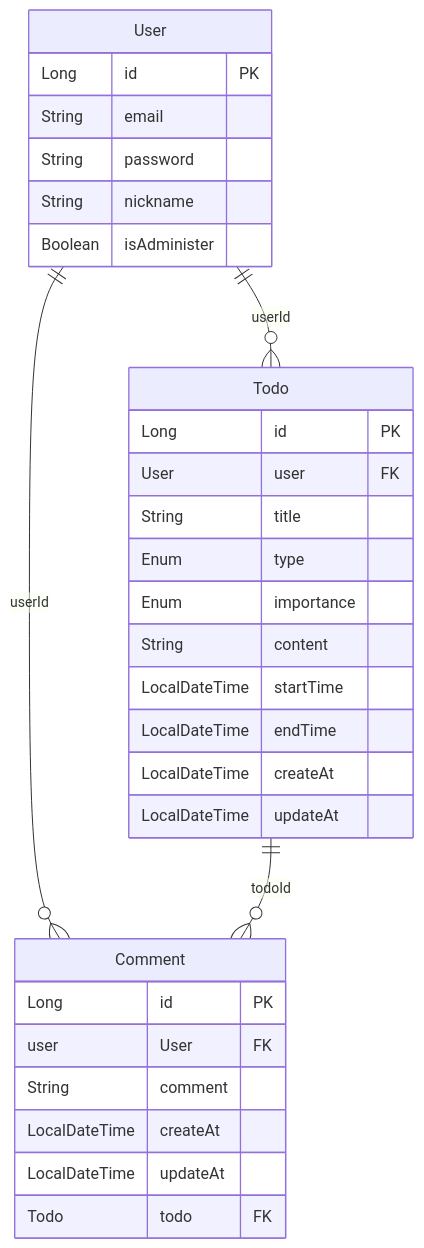
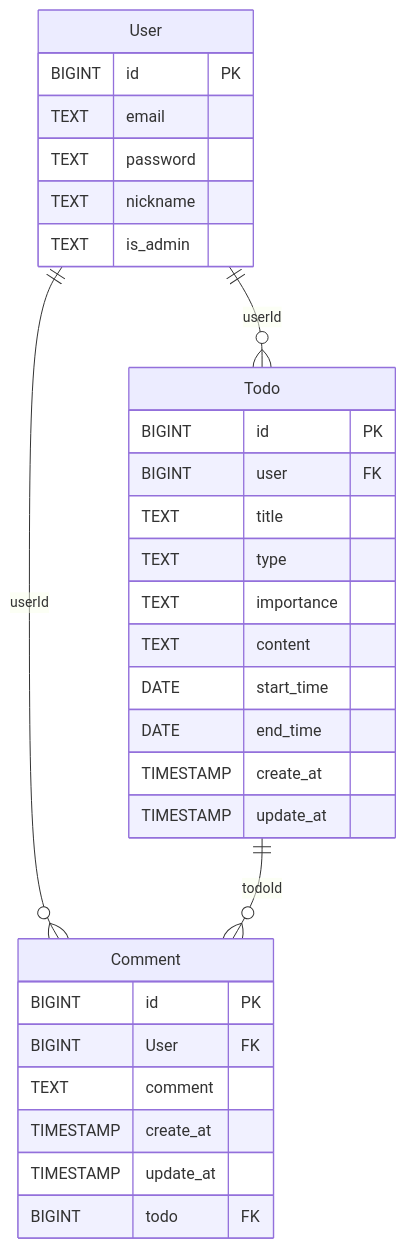
Before and after one commit to Ppajingae/HW_todo: the first of 5 diagrams in README.md, drawn with Mermaid. The commit also changed other lines of this file and 26 other files, not shown here.

````diff
--- a/README.md
+++ b/README.md
@@ -60,57 +60,57 @@
 ```mermaid
 erDiagram
 
 User ||--o{ Comment : userId
 Todo ||--o{ Comment : todoId
 User ||--o{ Todo : userId
 
 
 User{
-    Long id PK
+    BIGINT id PK
 
-    String email
+    TEXT email
 
-    String password
+    TEXT password
 
-    String nickname
+    TEXT nickname
 
-    Boolean isAdminister
+    TEXT is_admin
 }
 
 Comment{
-    Long id PK
+    BIGINT id PK
 
-    user User FK
+    BIGINT User FK
 
-    String comment
+    TEXT comment
 
-    LocalDateTime createAt
+    TIMESTAMP create_at
+  
+    TIMESTAMP update_at
 
-    LocalDateTime updateAt
-
-    Todo todo FK
+    BIGINT todo FK
 }
 
 Todo{
-    Long id PK
+    BIGINT id PK
 
-    User user FK 
+    BIGINT user FK 
 
-    String title
+    TEXT title
 
-    Enum type
+    TEXT type
 
-    Enum importance
+    TEXT importance
 
-    String content
+    TEXT content
 
-    LocalDateTime startTime
+    DATE start_time
 
-    LocalDateTime endTime
+    DATE end_time
 
-    LocalDateTime createAt
+    TIMESTAMP create_at
 
-    LocalDateTime updateAt
+    TIMESTAMP update_at
 
 }
 ```
````
